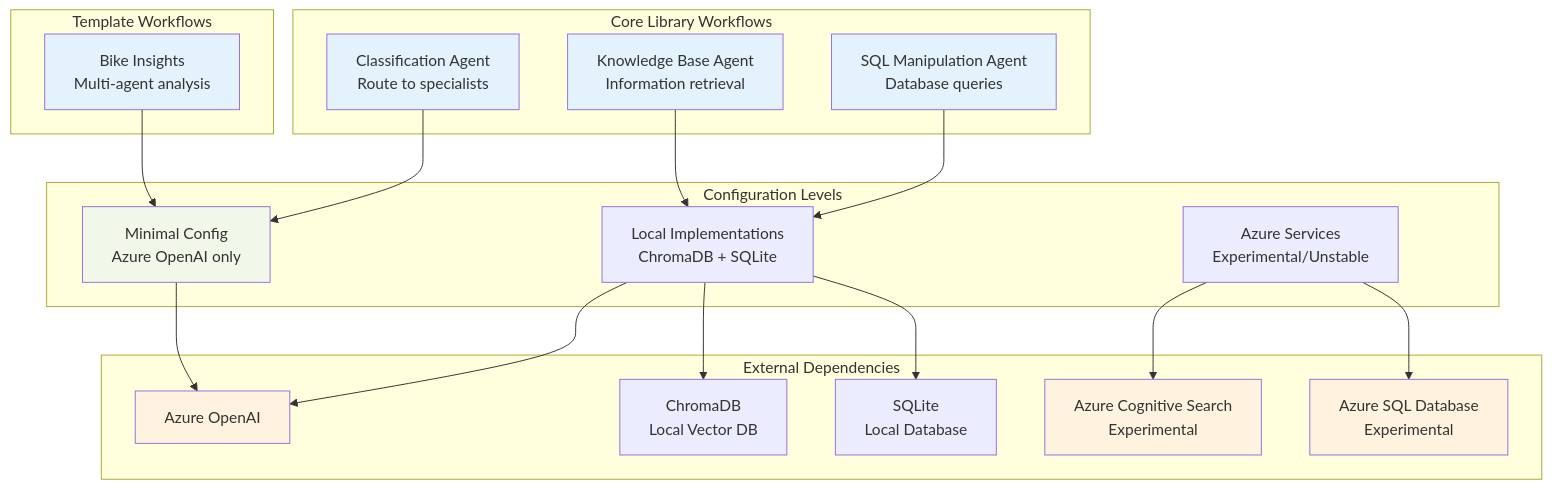
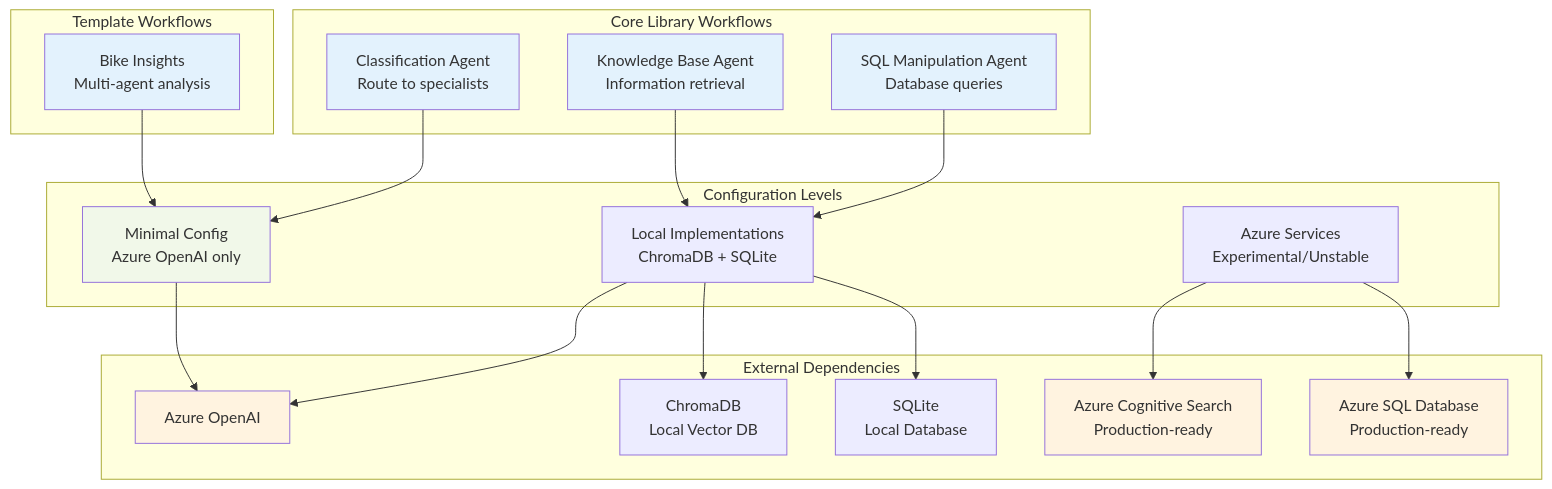
The first of 10 diagrams in docs/workflows/README.md (the-ingenious-dark-knight/Insight_Ingenious), drawn with Mermaid before and after one commit. The commit also changed 6 other files, not shown here.

````diff
--- a/docs/workflows/README.md
+++ b/docs/workflows/README.md
@@ -18,48 +18,48 @@
 ```mermaid
 graph TB
     subgraph "Core Library Workflows"
         CLASSIFICATION[Classification Agent<br/>Route to specialists]
         KNOWLEDGE[Knowledge Base Agent<br/>Information retrieval]
         SQL[SQL Manipulation Agent<br/>Database queries]
     end
 
     subgraph "Template Workflows"
         BIKE_INSIGHTS[Bike Insights<br/>Multi-agent analysis]
     end
 
     subgraph "Configuration Levels"
         MINIMAL[Minimal Config<br/>Azure OpenAI only]
         LOCAL_IMPL[Local Implementations<br/>ChromaDB + SQLite]
         AZURE_EXPERIMENTAL[Azure Services<br/>Experimental/Unstable]
     end
 
     subgraph "External Dependencies"
         AZURE_OPENAI[Azure OpenAI]
         CHROMADB[ChromaDB<br/>Local Vector DB]
         SQLITE[SQLite<br/>Local Database]
-        AZURE_SEARCH[Azure Cognitive Search<br/>Experimental]
-        AZURE_SQL[Azure SQL Database<br/>Experimental]
+        AZURE_SEARCH[Azure Cognitive Search<br/>Production-ready]
+        AZURE_SQL[Azure SQL Database<br/>Production-ready]
     end
 
     CLASSIFICATION --> MINIMAL
     BIKE_INSIGHTS --> MINIMAL
 
     KNOWLEDGE --> LOCAL_IMPL
     SQL --> LOCAL_IMPL
 
     MINIMAL --> AZURE_OPENAI
     LOCAL_IMPL --> AZURE_OPENAI
     LOCAL_IMPL --> CHROMADB
     LOCAL_IMPL --> SQLITE
 
     AZURE_EXPERIMENTAL --> AZURE_SEARCH
     AZURE_EXPERIMENTAL --> AZURE_SQL
 
     classDef workflow fill:#e3f2fd
     classDef config fill:#f1f8e9
     classDef external fill:#fff3e0
 
     class CLASSIFICATION,KNOWLEDGE,SQL,BIKE_INSIGHTS workflow
     class MINIMAL,SEARCH,DATABASE config
     class AZURE_OPENAI,AZURE_SEARCH,AZURE_SQL external
 ```
````
